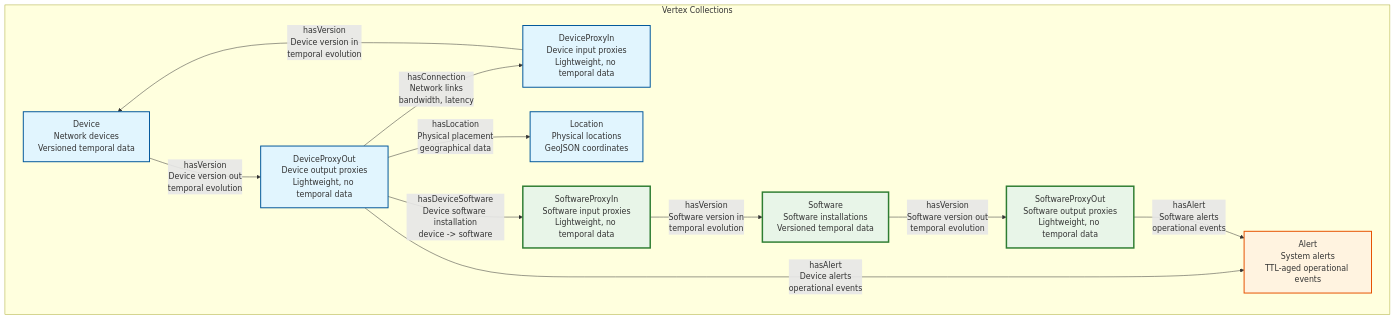
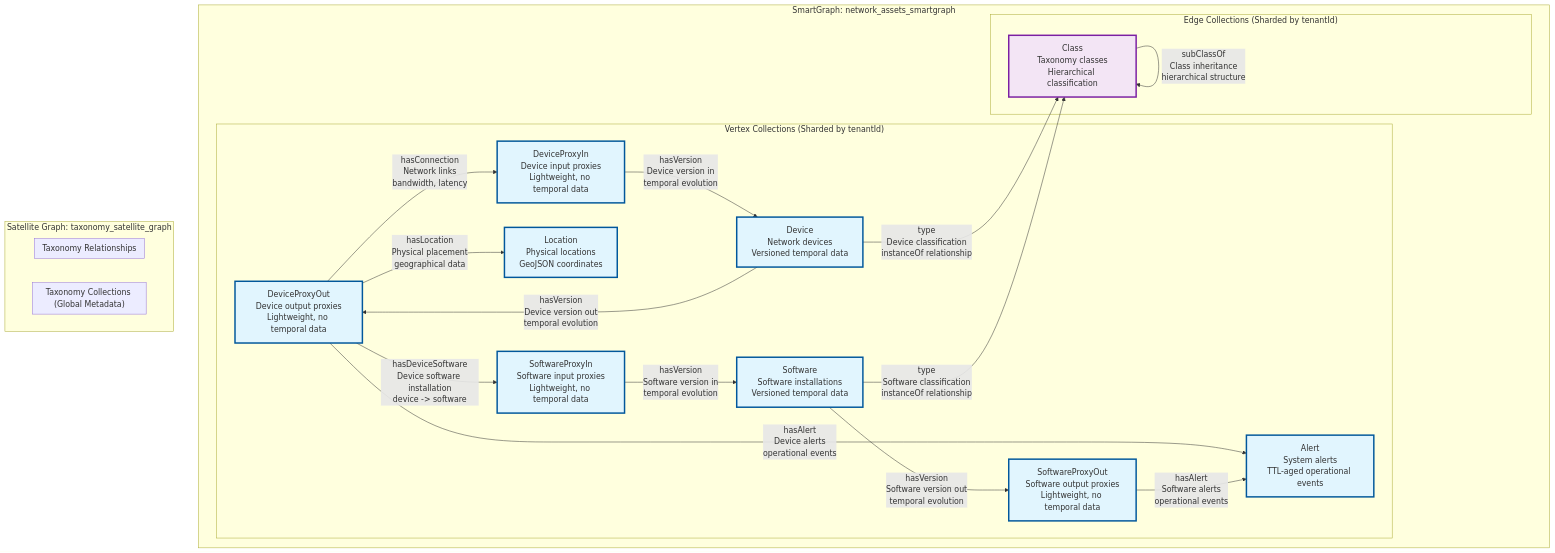
Before and after one commit to ArthurKeen/scalable-multi-tenant-temporal-graph-reference-implementation: the first of 2 diagrams in README.md, drawn with Mermaid. The commit also changed other lines of this file and 18 other files, not shown here.

````diff
--- a/README.md
+++ b/README.md
@@ -387,45 +360,60 @@
 ```mermaid
 graph TB
-    %% Vertex Collections (PascalCase, singular)
-    subgraph "Vertex Collections"
-        D[Device<br/>Network devices<br/>Versioned temporal data]
-        DPI[DeviceProxyIn<br/>Device input proxies<br/>Lightweight, no temporal data]
-        DPO[DeviceProxyOut<br/>Device output proxies<br/>Lightweight, no temporal data]
-        S[Software<br/>Software installations<br/>Versioned temporal data]
-        SPI[SoftwareProxyIn<br/>Software input proxies<br/>Lightweight, no temporal data]
-        SPO[SoftwareProxyOut<br/>Software output proxies<br/>Lightweight, no temporal data]
-        L[Location<br/>Physical locations<br/>GeoJSON coordinates]
-        A[Alert<br/>System alerts<br/>TTL-aged operational events]
+    %% SmartGraph Collections (Tenant-Isolated)
+    subgraph "SmartGraph: network_assets_smartgraph"
+        subgraph "Vertex Collections (Sharded by tenantId)"
+            D[Device<br/>Network devices<br/>Versioned temporal data]
+            DPI[DeviceProxyIn<br/>Device input proxies<br/>Lightweight, no temporal data]
+            DPO[DeviceProxyOut<br/>Device output proxies<br/>Lightweight, no temporal data]
+            S[Software<br/>Software installations<br/>Versioned temporal data]
+            SPI[SoftwareProxyIn<br/>Software input proxies<br/>Lightweight, no temporal data]
+            SPO[SoftwareProxyOut<br/>Software output proxies<br/>Lightweight, no temporal data]
+            L[Location<br/>Physical locations<br/>GeoJSON coordinates]
+            A[Alert<br/>System alerts<br/>TTL-aged operational events]
+        end
+        
+        subgraph "Edge Collections (Sharded by tenantId)"
+            %% Network connections between devices
+            DPO -->|hasConnection<br/>Network links<br/>bandwidth, latency| DPI
+            
+            %% Device location relationships
+            DPO -->|hasLocation<br/>Physical placement<br/>geographical data| L
+            
+            %% Device-Software relationships
+            DPO -->|hasDeviceSoftware<br/>Device software installation<br/>device -> software| SPI
+            
+            %% Unified Time Travel (Device & Software)
+            DPI -->|hasVersion<br/>Device version in<br/>temporal evolution| D
+            D -->|hasVersion<br/>Device version out<br/>temporal evolution| DPO
+            SPI -->|hasVersion<br/>Software version in<br/>temporal evolution| S
+            S -->|hasVersion<br/>Software version out<br/>temporal evolution| SPO
+            
+            %% Alert System (operational monitoring)
+            DPO -->|hasAlert<br/>Device alerts<br/>operational events| A
+            SPO -->|hasAlert<br/>Software alerts<br/>operational events| A
+            
+            %% Cross-Graph Classification (SmartGraph -> Satellite)
+            D -->|type<br/>Device classification<br/>instanceOf relationship| C
+            S -->|type<br/>Software classification<br/>instanceOf relationship| C
+        end
     end
     
-    %% Edge Collections (camelCase, singular)
+    %% Satellite Collections (Replicated Across All Nodes)
+    subgraph "Satellite Graph: taxonomy_satellite_graph"
+        subgraph "Taxonomy Collections (Global Metadata)"
+            C[Class<br/>Taxonomy classes<br/>Hierarchical classification]
+        end
+        
+        subgraph "Taxonomy Relationships"
+            C -->|subClassOf<br/>Class inheritance<br/>hierarchical structure| C
+        end
+    end
     
-    %% Network connections between devices
-    DPO -->|hasConnection<br/>Network links<br/>bandwidth, latency| DPI
+    %% Styling
+    classDef smartGraph fill:#e1f5fe,stroke:#01579b,stroke-width:3px
+    classDef satellite fill:#f3e5f5,stroke:#7b1fa2,stroke-width:3px
+    classDef crossGraph fill:#fff3e0,stroke:#e65100,stroke-width:2px
     
-    %% Device location relationships
-    DPO -->|hasLocation<br/>Physical placement<br/>geographical data| L
-    
-    %% Device-Software relationships (CORRECTED LOGIC)
-    DPO -->|hasDeviceSoftware<br/>Device software installation<br/>device -> software| SPI
-    
-    %% Device Time Travel (existing pattern)
-    DPI -->|hasVersion<br/>Device version in<br/>temporal evolution| D
-    D -->|hasVersion<br/>Device version out<br/>temporal evolution| DPO
-    
-    %% Software Time Travel (NEW pattern)
-    SPI -->|hasVersion<br/>Software version in<br/>temporal evolution| S
-    S -->|hasVersion<br/>Software version out<br/>temporal evolution| SPO
-    
-    %% Alert System (operational monitoring)
-    DPO -->|hasAlert<br/>Device alerts<br/>operational events| A
-    SPO -->|hasAlert<br/>Software alerts<br/>operational events| A
-    
-    %% Tenant isolation indicator
-    classDef tenantBox fill:#e1f5fe,stroke:#01579b,stroke-width:2px
-    classDef newFeature fill:#e8f5e8,stroke:#2e7d32,stroke-width:3px
-    classDef alertFeature fill:#fff3e0,stroke:#e65100,stroke-width:2px
-    class D,DPI,DPO,L tenantBox
-    class S,SPI,SPO newFeature
-    class A alertFeature
+    class D,DPI,DPO,S,SPI,SPO,L,A smartGraph
+    class C satellite
 ```
````
